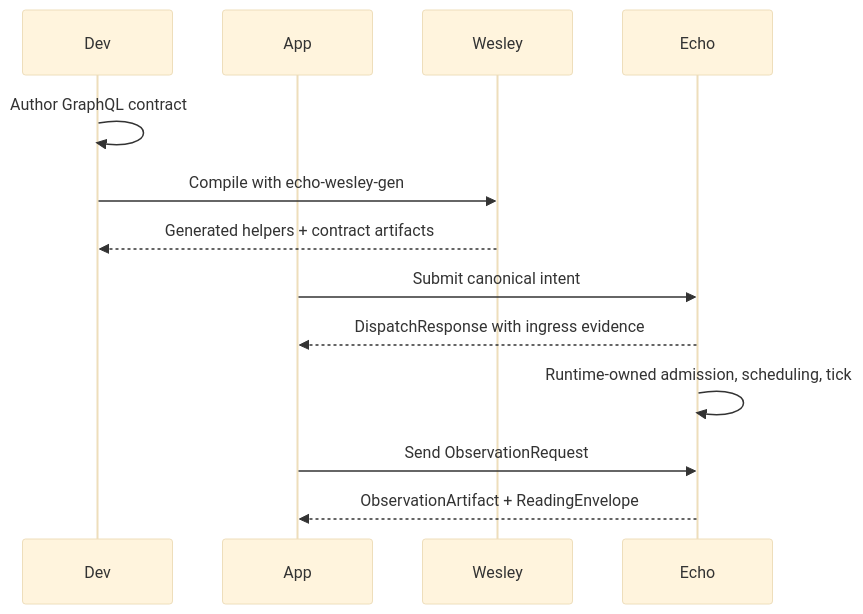
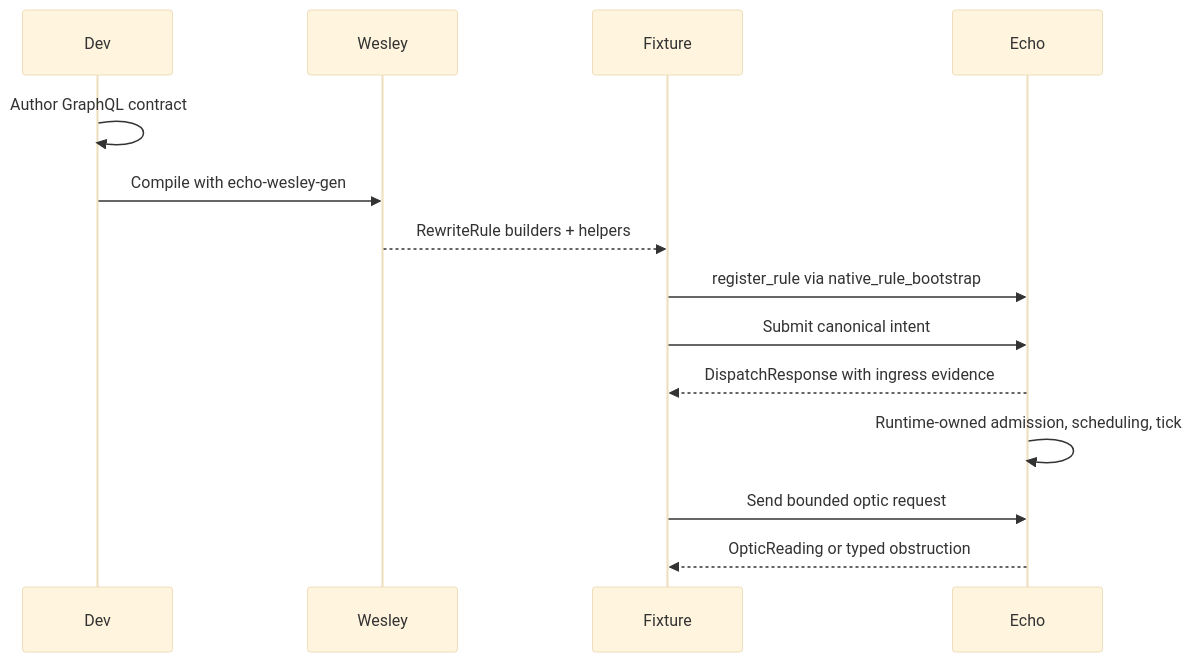
The diagram in README.md (flyingrobots/echo), drawn with Mermaid (base theme) before and after one commit. The commit also changed other lines of this file and 1 other file, not shown here.

Commit message:
Fix: make the generated-rule README honest

````diff
--- a/README.md
+++ b/README.md
@@ -113,16 +117,17 @@
 ```mermaid
 sequenceDiagram
     participant Dev
-    participant App
     participant Wesley
+    participant Fixture
     participant Echo
 
     Dev->>Dev: Author GraphQL contract
     Dev->>Wesley: Compile with echo-wesley-gen
-    Wesley-->>Dev: Generated helpers + contract artifacts
-    App->>Echo: Submit canonical intent
-    Echo-->>App: DispatchResponse with ingress evidence
+    Wesley-->>Fixture: RewriteRule builders + helpers
+    Fixture->>Echo: register_rule via native_rule_bootstrap
+    Fixture->>Echo: Submit canonical intent
+    Echo-->>Fixture: DispatchResponse with ingress evidence
     Echo->>Echo: Runtime-owned admission, scheduling, tick
-    App->>Echo: Send ObservationRequest
-    Echo-->>App: ObservationArtifact + ReadingEnvelope
+    Fixture->>Echo: Send bounded optic request
+    Echo-->>Fixture: OpticReading or typed obstruction
 ```
````
